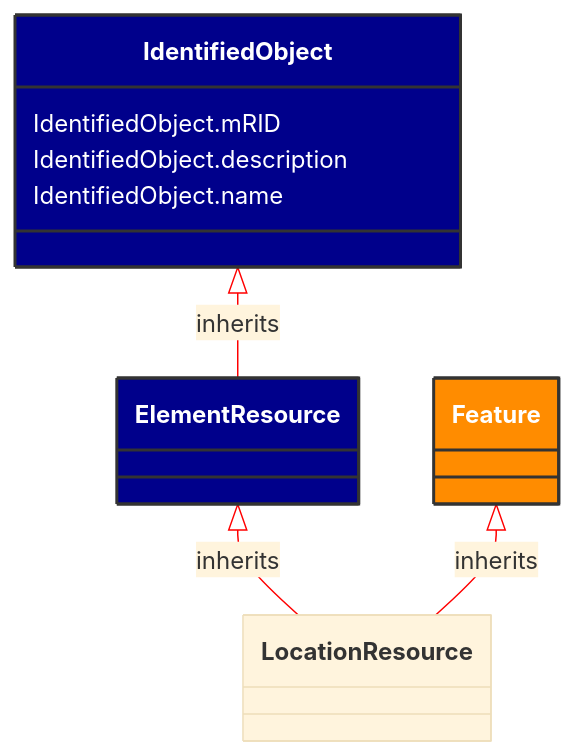
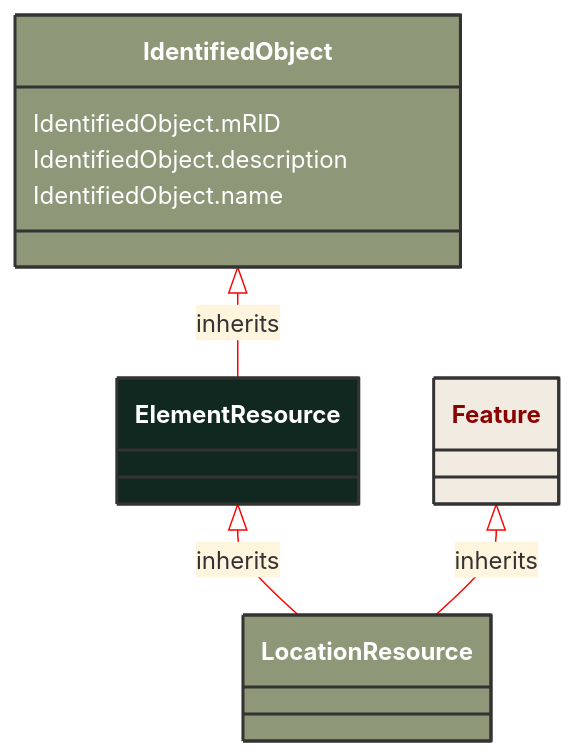
Before and after one commit to 3lbits/NoCIMExtensions: the diagram in docs/Models/Profiles/AviationObstacle/AbstractClasses/ElementResource.md, drawn with Mermaid. The commit also changed 190 other files, not shown here.

````diff
--- a/docs/Models/Profiles/AviationObstacle/AbstractClasses/ElementResource.md
+++ b/docs/Models/Profiles/AviationObstacle/AbstractClasses/ElementResource.md
@@ -10,29 +10,27 @@
 ```mermaid
 %%{init: {'theme':'base','themeVariables': {'lineColor': '#FF0000'}}}%%
 classDiagram
     class ElementResource
     click ElementResource href "/Models/Profiles/AviationObstacle/AbstractClasses/ElementResource/"
-    style ElementResource fill:#006400,stroke:#333,stroke-width:2px,rx:10,ry:10,color:white
+    style ElementResource fill:#102820,stroke:#333,stroke-width:2px,rx:10,ry:10,color:white
 
         ElementResource <|-- LocationResource : inherits
-            click ElementResource href "/Models/Profiles/AviationObstacle/AbstractClasses/ElementResource/"
-            style ElementResource fill:#00008B,stroke:#333,stroke-width:2px,rx:10,ry:10,color:white
 
         LocationResource
             click LocationResource href "/Models/Profiles/AviationObstacle/AbstractClasses/LocationResource/"
-            style ElementResource fill:#00008B,stroke:#333,stroke-width:2px,rx:10,ry:10,color:white
-
+            style LocationResource fill:#8F9779,stroke:#333,stroke-width:2px,rx:10,ry:10,color:white
+     
         IdentifiedObject <|-- ElementResource : inherits
             click IdentifiedObject href "/Models/Profiles/AviationObstacle/AbstractClasses/IdentifiedObject/"
-            style IdentifiedObject fill:#00008B,stroke:#333,stroke-width:2px,rx:10,ry:10,color:white
+            style IdentifiedObject fill:#8F9779,stroke:#333,stroke-width:2px,rx:10,ry:10,color:white
 
         Feature <|-- LocationResource : inherits
             click Feature href "/Models/Profiles/AviationObstacle/ConcreteClasses/Feature/"
-            style Feature fill:#FF8C00,stroke:#333,stroke-width:2px,rx:10,ry:10,color:white
+            style Feature fill:#F2EBE2,stroke:#333,stroke-width:2px,rx:10,ry:10,color:#8A0303
 
 
 
         IdentifiedObject : IdentifiedObject.mRID
         IdentifiedObject : IdentifiedObject.description
         IdentifiedObject : IdentifiedObject.name
 ```
````
